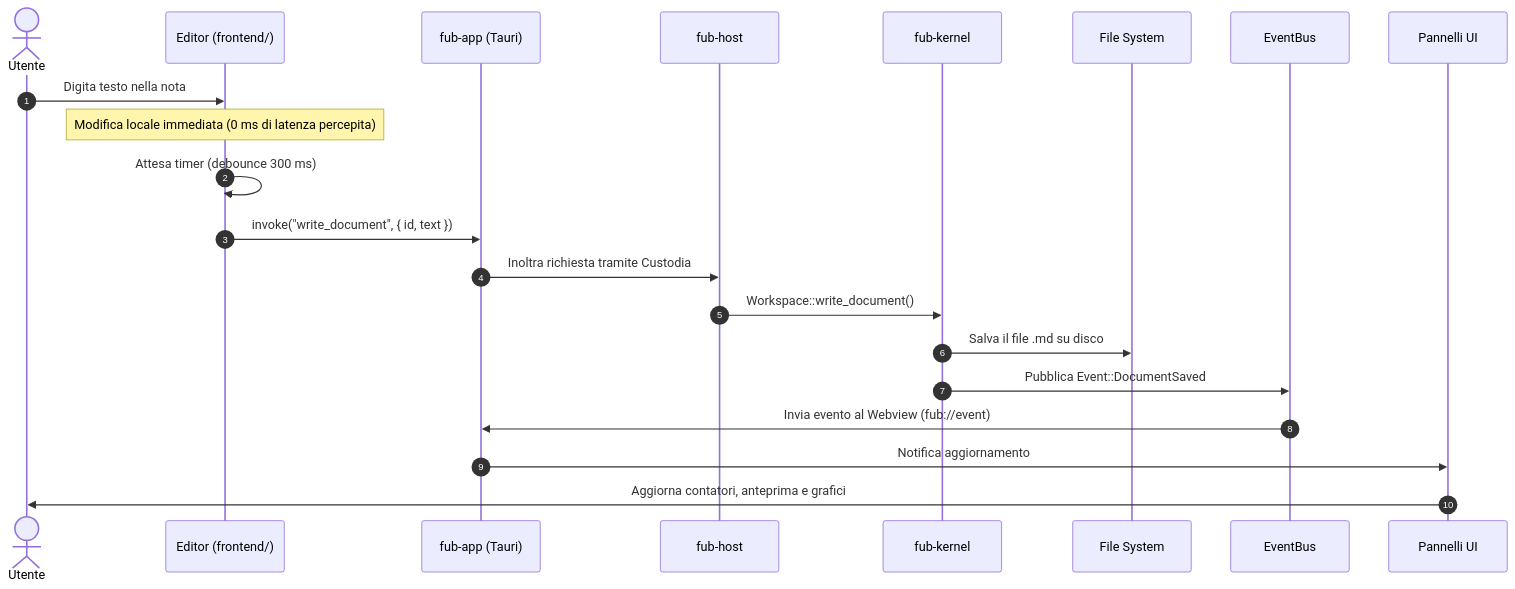
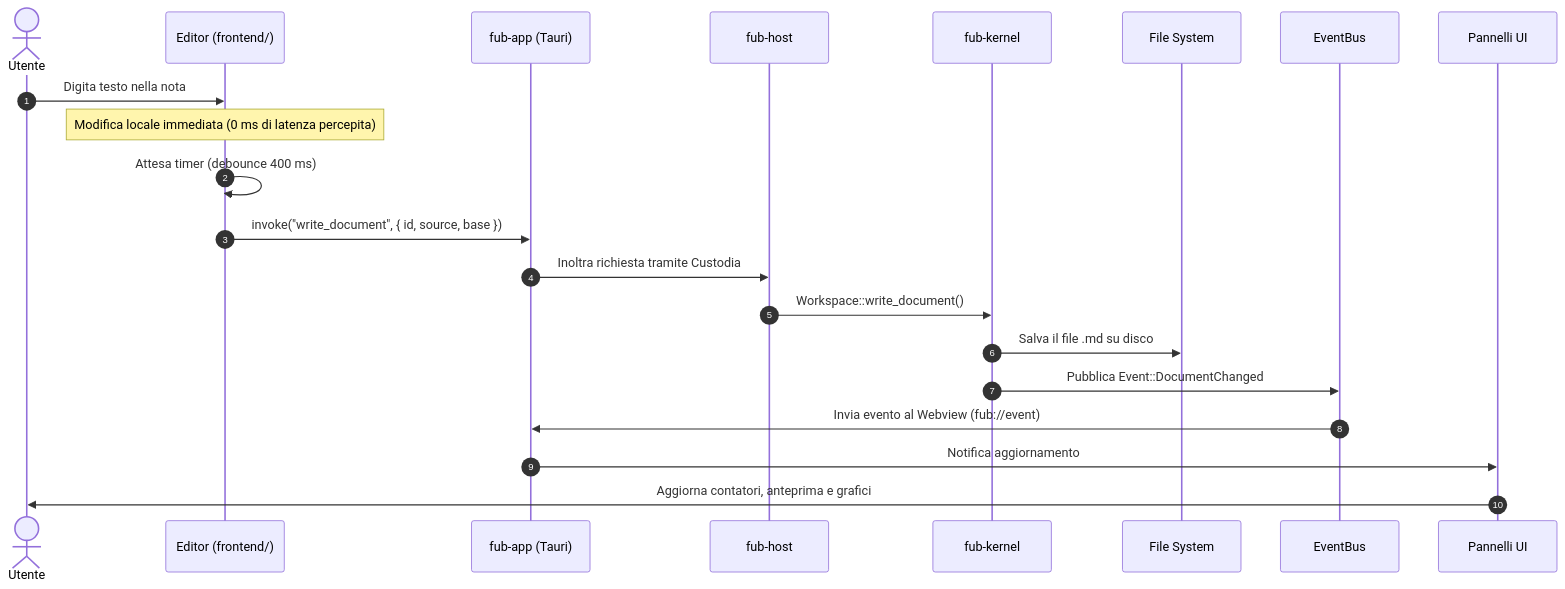
The diagram in docs/03-uml/02-sequenza-tasto-pixel.md (Fubeo/Fub), drawn with Mermaid before and after one commit. The commit also changed other lines of this file and 37 other files, not shown here.

````diff
--- a/docs/03-uml/02-sequenza-tasto-pixel.md
+++ b/docs/03-uml/02-sequenza-tasto-pixel.md
@@ -7,24 +7,24 @@
 ```mermaid
 sequenceDiagram
     autonumber
     actor Utente
     participant Editor as Editor (frontend/)
     participant IPC as fub-app (Tauri)
     participant Host as fub-host
     participant Kernel as fub-kernel
     participant FS as File System
     participant Bus as EventBus
     participant Panels as Pannelli UI
 
     Utente->>Editor: Digita testo nella nota
     Note over Editor: Modifica locale immediata (0 ms di latenza percepita)
-    Editor->>Editor: Attesa timer (debounce 300 ms)
-    Editor->>IPC: invoke("write_document", { id, text })
+    Editor->>Editor: Attesa timer (debounce 400 ms)
+    Editor->>IPC: invoke("write_document", { id, source, base })
     IPC->>Host: Inoltra richiesta tramite Custodia
     Host->>Kernel: Workspace::write_document()
     Kernel->>FS: Salva il file .md su disco
-    Kernel->>Bus: Pubblica Event::DocumentSaved
+    Kernel->>Bus: Pubblica Event::DocumentChanged
     Bus->>IPC: Invia evento al Webview (fub://event)
     IPC->>Panels: Notifica aggiornamento
     Panels->>Utente: Aggiorna contatori, anteprima e grafici
 ```
````
